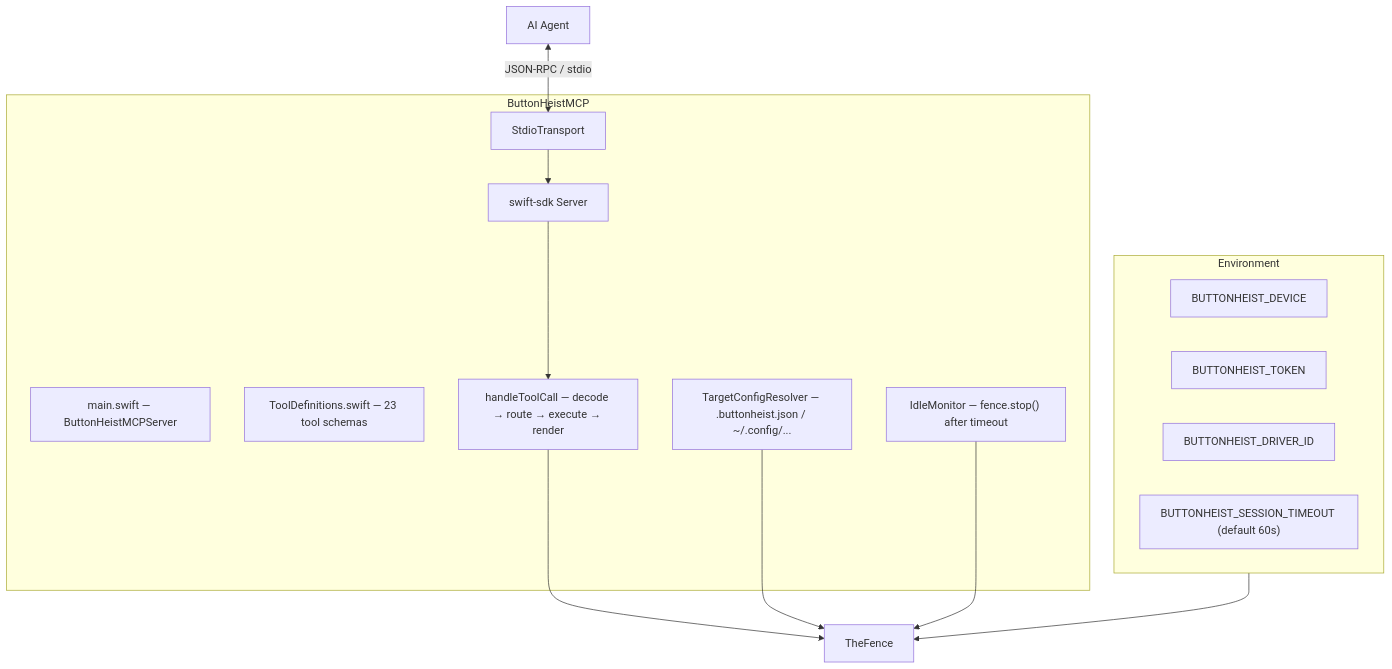
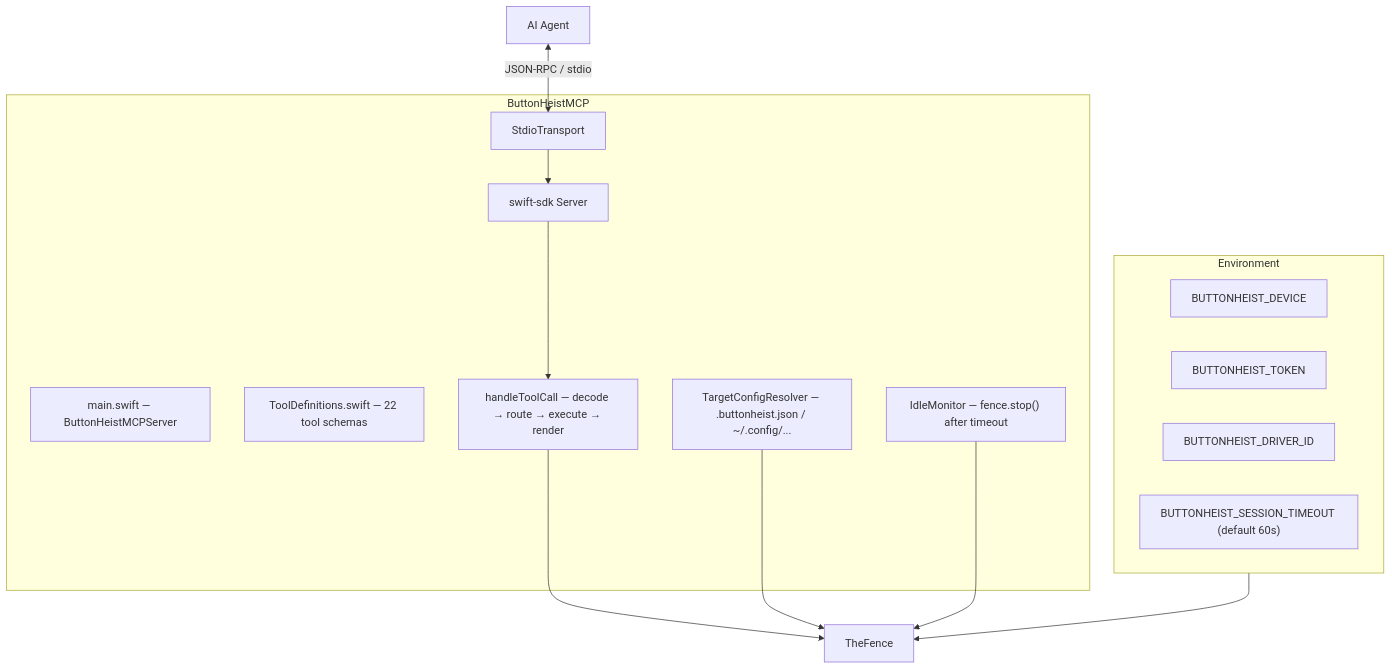
One commit to RoyalPineapple/TheButtonHeist changed the first of 2 diagrams in docs/dossiers/12-MCP.md. Above: the diagram before and after it, drawn with Mermaid. The commit also changed other lines of this file and 3 other files, not shown here.

````diff
--- a/docs/dossiers/12-MCP.md
+++ b/docs/dossiers/12-MCP.md
@@ -29,27 +29,27 @@
 ```mermaid
 graph TD
     subgraph MCP["ButtonHeistMCP"]
         Main["main.swift — ButtonHeistMCPServer"]
         Server["swift-sdk Server"]
         Transport["StdioTransport"]
-        Tools["ToolDefinitions.swift — 23 tool schemas"]
+        Tools["ToolDefinitions.swift — 22 tool schemas"]
         Handler["handleToolCall — decode → route → execute → render"]
         Idle["IdleMonitor — fence.stop() after timeout"]
         Config["TargetConfigResolver — .buttonheist.json / ~/.config/..."]
     end
 
     subgraph Env["Environment"]
         Device["BUTTONHEIST_DEVICE"]
         Token["BUTTONHEIST_TOKEN"]
         Driver["BUTTONHEIST_DRIVER_ID"]
         Timeout["BUTTONHEIST_SESSION_TIMEOUT (default 60s)"]
     end
 
     Agent["AI Agent"] <-->|JSON-RPC / stdio| Transport
     Transport --> Server
     Server --> Handler
     Handler --> TheFence["TheFence"]
     Config --> TheFence
     Env --> TheFence
     Idle --> TheFence
 ```
````
